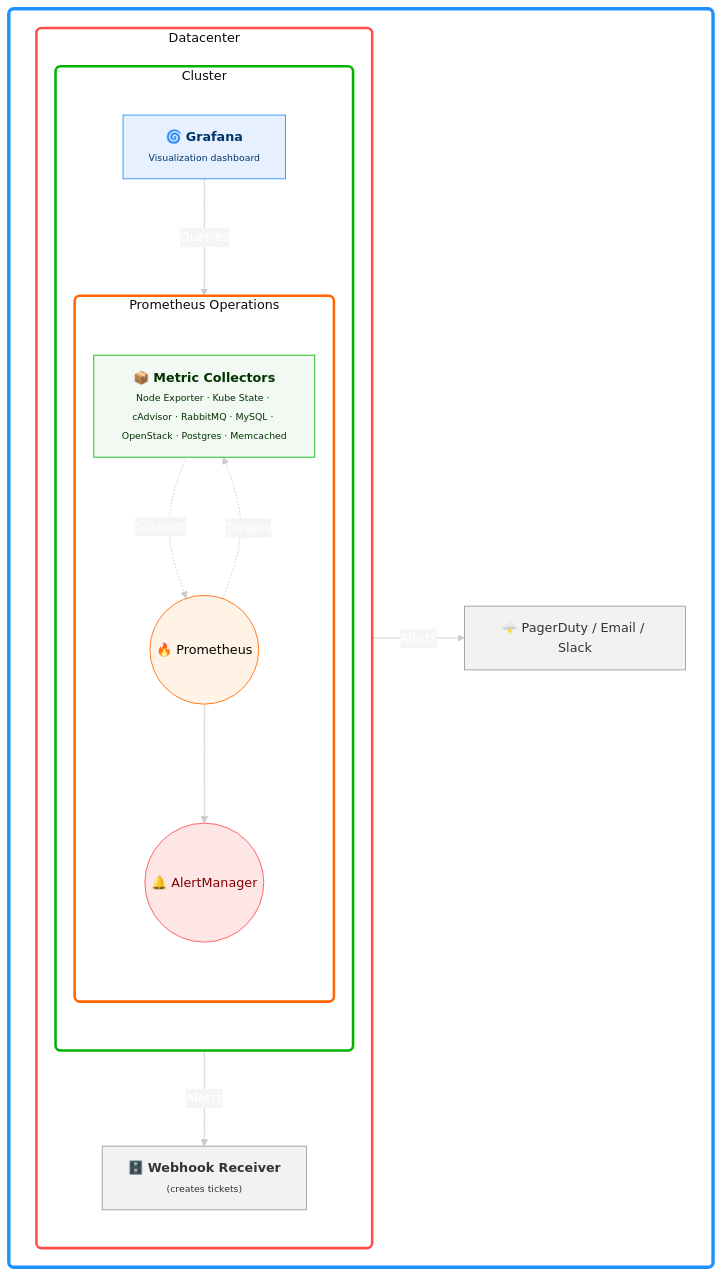
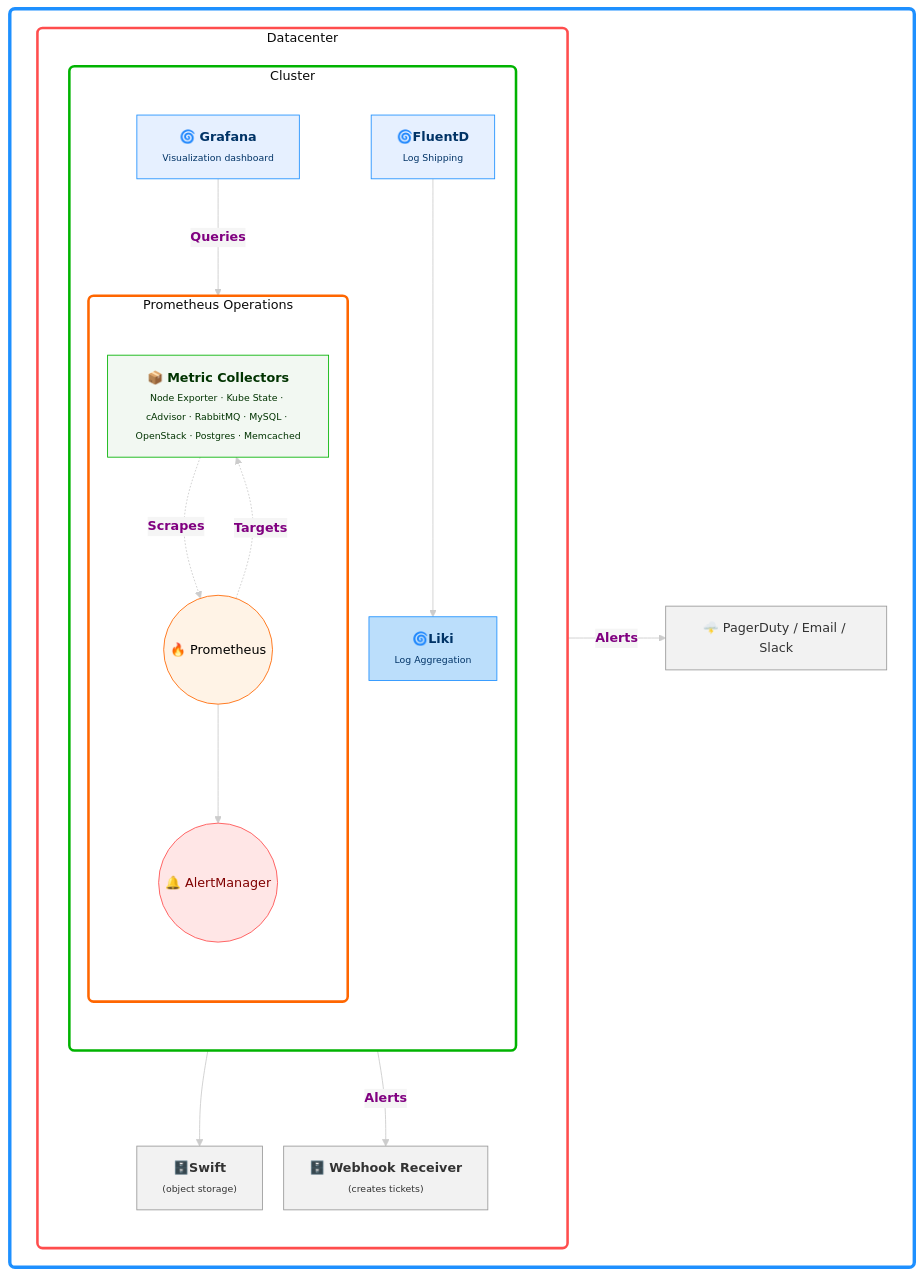
Before and after one commit to rackerlabs/genestack: the diagram in docs/prometheus-monitoring-overview.md, drawn with Mermaid.

Commit message:
fix: update the observabilitiy arch diagram

````diff
--- a/docs/prometheus-monitoring-overview.md
+++ b/docs/prometheus-monitoring-overview.md
@@ -24,87 +24,87 @@
 ``` mermaid
-%%{ init: {
-      "theme": "base",
-      "themeVariables": {
-        "fontSize":              "15px",
-        "fontFamily":            "Inter, Helvetica, Arial",
-        "primaryColor":          "#1e90ff",
-        "primaryBorderColor":    "#1e90ff",
-        "primaryTextColor":      "#ffffff",
-        "lineColor":             "#cccccc",
-        "secondaryColor":        "#fafafa",
-        "tertiaryColor":         "#f5f5f5",
-        "edgeLabelBackground":   "#f5f5f5",
-        "nodeBorder":            "rgba(0,0,0,0.4)",
-        "clusterBkg":            "transparent",
-        "clusterBorder":         "rgba(0,0,0,0.4)"
-      },
-      "flowchart": {
-        "curve":      "basis",
-        "nodeSpacing": 25,
-        "rankSpacing": 40
-      }
-    } }%%
+---
+config:
+  theme: base
+  themeVariables:
+    fontSize: 15px
+    fontFamily: Inter, Helvetica, Arial
+    primaryColor: '#1e90ff'
+    primaryBorderColor: '#1e90ff'
+    primaryTextColor: '#ffffff'
+    lineColor: '#cccccc'
+    secondaryColor: '#fafafa'
+    tertiaryColor: '#f5f5f5'
+    edgeLabelBackground: '#f5f5f5'
+    nodeBorder: rgba(0,0,0,0.4)
+    clusterBkg: transparent
+    clusterBorder: rgba(0,0,0,0.4)
+  flowchart:
+    curve: basis
+    nodeSpacing: 25
+    rankSpacing: 40
+  layout: dagre
+---
 flowchart TB
-  %% ──────────────────────────
-  %% INTERNET (blue frame)
-  %% ──────────────────────────
-  subgraph INTERNET[" "]
+ subgraph PROMOPS["Prometheus&nbsp;Operations"]
+    direction TB
+        MC@{ label: "📦&nbsp;<b>Metric&nbsp;Collectors</b><br><span style=\"font-size:11px\">Node Exporter · Kube State · cAdvisor · RabbitMQ · MySQL · OpenStack · Postgres · Memcached</span>" }
+        PROM(("🔥 Prometheus"))
+        AM(("🔔 AlertManager"))
+  end
+ subgraph FLEX["Cluster"]
+    direction TB
+        PROMOPS
+        GRAF@{ label: "🌀&nbsp;<b>Grafana</b><br><span style=\"font-size:11px\">Visualization&nbsp;dashboard</span>" }
+        n1@{ label: "🌀<b>FluentD</b><br><span style=\"font-size:11px\">Log Shipping</span>" }
+        n2@{ label: "<span style=\"padding-left:\">🌀<b>Liki</b><br><span style=\"font-size:11px\">Log Aggregation</span></span>" }
+  end
+ subgraph RACKSPACE["Datacenter"]
+    direction TB
+        FLEX
+        ENC@{ label: "🗄️&nbsp;<b>Webhook&nbsp;Receiver</b><br><span style=\"font-size:11px\">(creates tickets)</span>" }
+        n3@{ label: "🗄️<b>Swift</b><br><span style=\"font-size:11px\">(object storage)</span>" }
+  end
+ subgraph INTERNET[" "]
     direction LR
-    PD["🌩️&nbsp;PagerDuty / Email / Slack"]
-
-    %% ─────────── Datacenter (red)
-    subgraph RACKSPACE["Datacenter"]
-      direction TB
-
-      %% ──────── Cluster (green)
-      subgraph FLEX["Cluster"]
-        direction TB
-
-        %% ─── Prometheus Ops (orange)
-        subgraph PROMOPS["Prometheus&nbsp;Operations"]
-          direction TB
-
-          MC["📦&nbsp;<b>Metric&nbsp;Collectors</b><br/><span style='font-size:11px'>Node Exporter · Kube State · cAdvisor · RabbitMQ · MySQL · OpenStack · Postgres · Memcached</span>"]
-          PROM(("🔥 Prometheus"))
-          AM(("🔔 AlertManager"))
-
-          MC  -.Scrapes .->  PROM
-          PROM -.Targets .-> MC
-          PROM --> AM
-        end
-
-        GRAF["🌀&nbsp;<b>Grafana</b><br/><span style='font-size:11px'>Visualization&nbsp;dashboard</span>"]
-        GRAF -->|Queries| PROM
-      end
-
-      ENC["🗄️&nbsp;<b>Webhook&nbsp;Receiver</b><br/><span style='font-size:11px'>(creates tickets)</span>"]
-    end
+        PD["🌩️&nbsp;PagerDuty / Email / Slack"]
+        RACKSPACE
   end
-
-  %% Alerts
-  AM  -- Alerts --> PD
-  AM  -- Alerts --> ENC
-
-  %% ──────────────────────────
-  %% BORDER HIGHLIGHTS
-  %% ──────────────────────────
-  style INTERNET  stroke-width:4px,stroke:#1e90ff,rx:6px,ry:6px
-  style RACKSPACE stroke-width:3px,stroke:#ff4d4d,rx:6px,ry:6px
-  style FLEX      stroke-width:3px,stroke:#00b300,rx:6px,ry:6px
-  style PROMOPS   stroke-width:3px,stroke:#ff6600,rx:6px,ry:6px
-
-  %% ──────────────────────────
-  %% NODE COLOURS
-  %% ──────────────────────────
-  classDef promNode      fill:#fff3e6,color:#000,stroke:#ff6600,stroke-width:1px
-  classDef grafNode      fill:#e6f0ff,color:#003366,stroke:#1e90ff,stroke-width:1px
-  classDef alertNode     fill:#ffe6e6,color:#800000,stroke:#ff4d4d,stroke-width:1px
-  classDef collectorNode fill:#f2f8f2,color:#003300,stroke:#00b300,stroke-width:1px
-  classDef miscNode      fill:#f2f2f2,color:#333,stroke:#999,stroke-width:1px
-
-  class PROM promNode
-  class GRAF grafNode
-  class AM alertNode
-  class MC collectorNode
-  class PD,ENC miscNode
+    MC -. Scrapes .-> PROM
+    PROM -. Targets .-> MC
+    PROM --> AM
+    GRAF -- Queries --> PROM
+    AM -- Alerts --> PD & ENC
+    n1 --> n2
+    n2 --> n3
+    MC@{ shape: rect}
+    GRAF@{ shape: rect}
+    n1@{ shape: rect}
+    n2@{ shape: rect}
+    ENC@{ shape: rect}
+    n3@{ shape: rect}
+     MC:::collectorNode
+     PROM:::promNode
+     AM:::alertNode
+     GRAF:::grafNode
+     n1:::grafNode
+     n2:::grafNode
+     ENC:::miscNode
+     n3:::miscNode
+     PD:::miscNode
+    classDef promNode      fill:#fff3e6,color:#000,stroke:#ff6600,stroke-width:1px
+    classDef alertNode     fill:#ffe6e6,color:#800000,stroke:#ff4d4d,stroke-width:1px
+    classDef collectorNode fill:#f2f8f2,color:#003300,stroke:#00b300,stroke-width:1px
+    classDef miscNode      fill:#f2f2f2,color:#333,stroke:#999,stroke-width:1px
+    classDef grafNode fill:#e6f0ff, color:#003366, stroke:#1e90ff, stroke-width:1px
+    style PROMOPS   stroke-width:3px,stroke:#ff6600,rx:6px,ry:6px
+    style n2 fill:#BBDEFB,color:#000000
+    style FLEX      stroke-width:3px,stroke:#00b300,rx:6px,ry:6px
+    style RACKSPACE stroke-width:3px,stroke:#ff4d4d,rx:6px,ry:6px
+    style INTERNET  stroke-width:4px,stroke:#1e90ff,rx:6px,ry:6px
+    linkStyle 0 color:#800080,font-weight:bold,fill:none
+    linkStyle 1 color:#800080,font-weight:bold,fill:none
+    linkStyle 2 color:#800080,font-weight:bold,fill:none
+    linkStyle 3 color:#800080,font-weight:bold,fill:none
+    linkStyle 4 color:#800080,font-weight:bold,fill:none
+    linkStyle 5 color:#800080,font-weight:bold,fill:none
 ```
````
